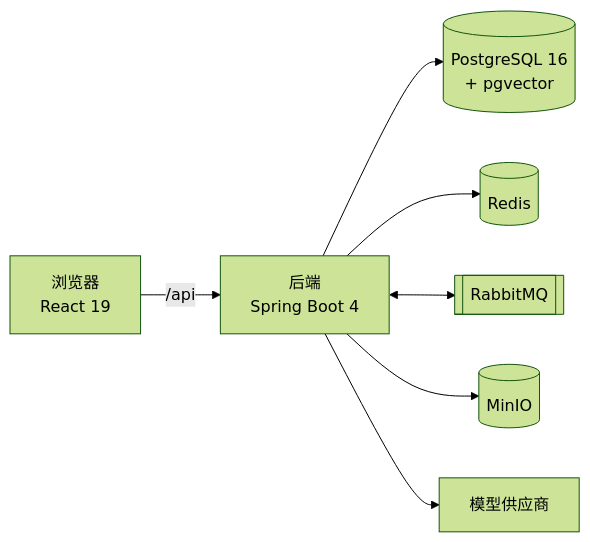
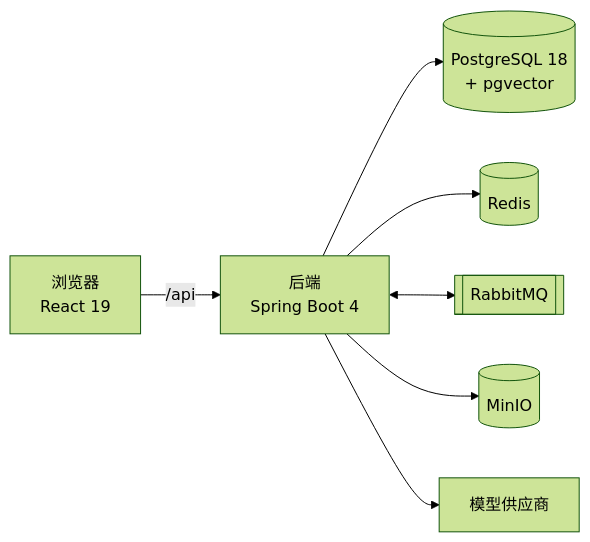
One commit to benhaooo/wenqu changed the diagram in README.md. Above: the diagram before and after it, drawn with Mermaid (forest theme). The commit also changed 5 other files, not shown here.

Commit message:
build: 数据库升级到 PostgreSQL 18（决策 0008）

````diff
--- a/README.md
+++ b/README.md
@@ -9,9 +9,9 @@
 ```mermaid
 flowchart LR
     Browser[浏览器<br/>React 19] -->|/api| Backend[后端<br/>Spring Boot 4]
-    Backend --> PG[(PostgreSQL 16<br/>+ pgvector)]
+    Backend --> PG[(PostgreSQL 18<br/>+ pgvector)]
     Backend --> Redis[(Redis)]
     Backend <--> MQ[[RabbitMQ]]
     Backend --> MinIO[(MinIO)]
     Backend --> LLM[模型供应商]
 ```
````
